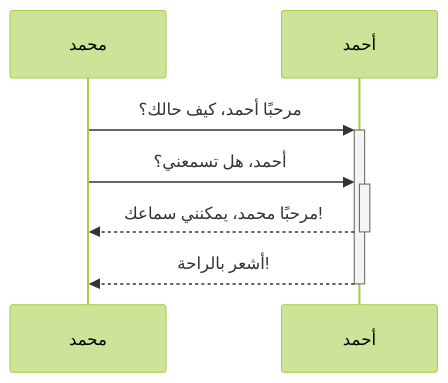
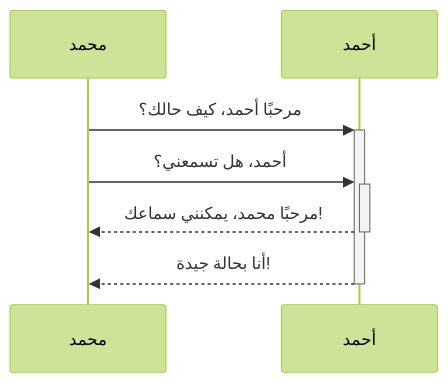
Before and after one commit to obsidianmd/obsidian-help: the first of 3 diagrams in ar/التحرير والتنسيق/صيغ التنسيق المتقدمة.md, drawn with Mermaid (forest theme). The commit also changed other lines of this file and 140 other files, not shown here.

````diff
--- a/ar/التحرير والتنسيق/صيغ التنسيق المتقدمة.md
+++ b/ar/التحرير والتنسيق/صيغ التنسيق المتقدمة.md
@@ -86,7 +89,7 @@
 ```mermaid
 sequenceDiagram
     محمد->>+أحمد: مرحبًا أحمد، كيف حالك؟
     محمد->>+أحمد: أحمد، هل تسمعني؟
     أحمد-->>-محمد: مرحبًا محمد، يمكنني سماعك!
-    أحمد-->>-محمد: أشعر بالراحة!
+    أحمد-->>-محمد: أنا بحالة جيدة!
 ```
````
